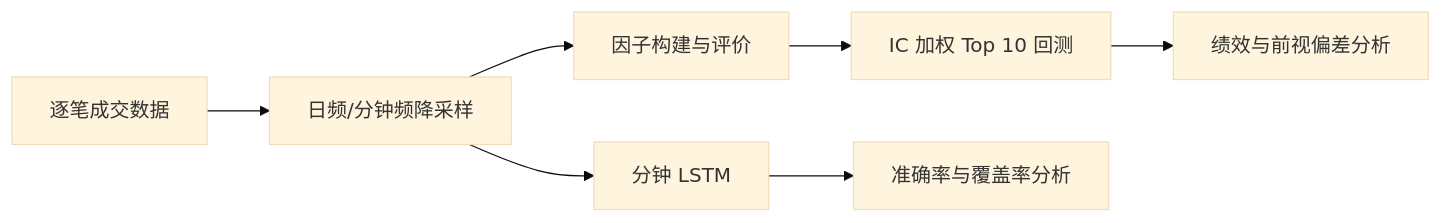
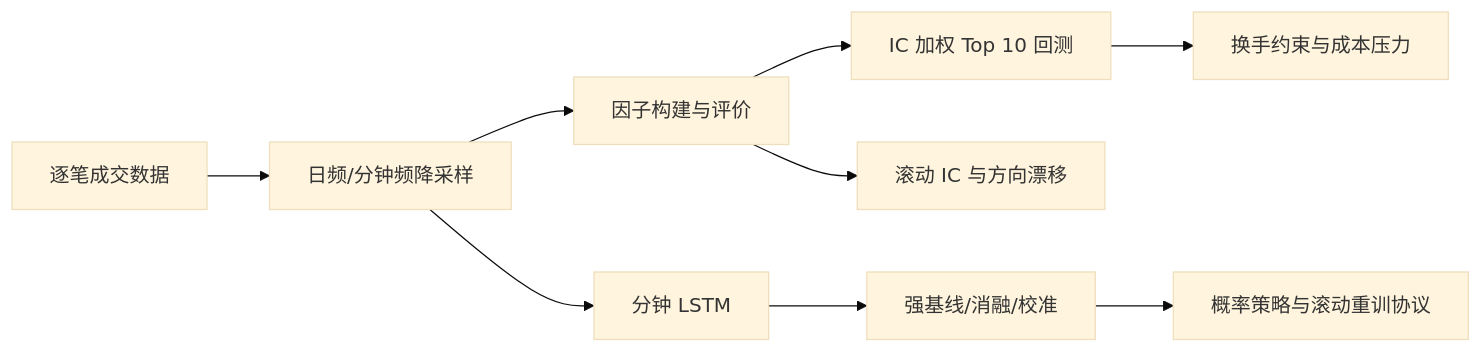
One commit to RyanNotRain/NJUSEquantification changed the diagram in README.md. Above: the diagram before and after it, drawn with Mermaid (base theme). The commit also changed other lines of this file and 31 other files, not shown here.

````diff
--- a/README.md
+++ b/README.md
@@ -9,9 +9,11 @@
 ```mermaid
 flowchart LR
     A["逐笔成交数据"] --> B["日频/分钟频降采样"]
     B --> C["因子构建与评价"]
     C --> D["IC 加权 Top 10 回测"]
     B --> E["分钟 LSTM"]
-    D --> F["绩效与前视偏差分析"]
-    E --> G["准确率与覆盖率分析"]
+    C --> F["滚动 IC 与方向漂移"]
+    D --> G["换手约束与成本压力"]
+    E --> H["强基线/消融/校准"]
+    H --> I["概率策略与滚动重训协议"]
 ```
````
